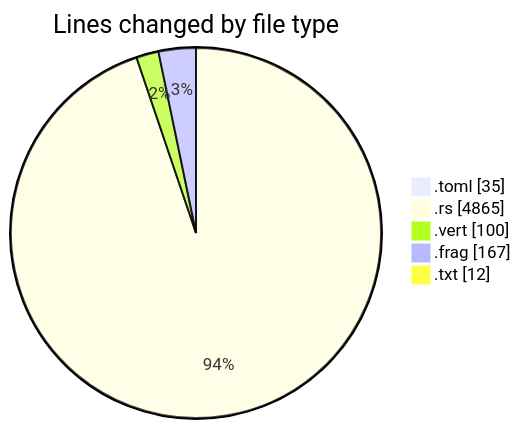
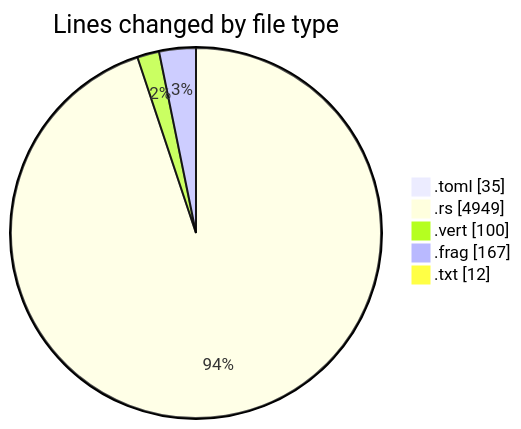
The first of 2 diagrams in 2025-01-02/3drust/README.md (ernivani/code-tracking), drawn with Mermaid before and after one commit. The commit also changed other lines of this file and 2 other files, not shown here.

````diff
--- a/2025-01-02/3drust/README.md
+++ b/2025-01-02/3drust/README.md
@@ -28,9 +28,9 @@
 ```mermaid
 pie showData
 title Lines changed by file type
 ".toml" : 35
-".rs" : 4865
+".rs" : 4949
 ".vert" : 100
 ".frag" : 167
 ".txt" : 12
 ```
````
